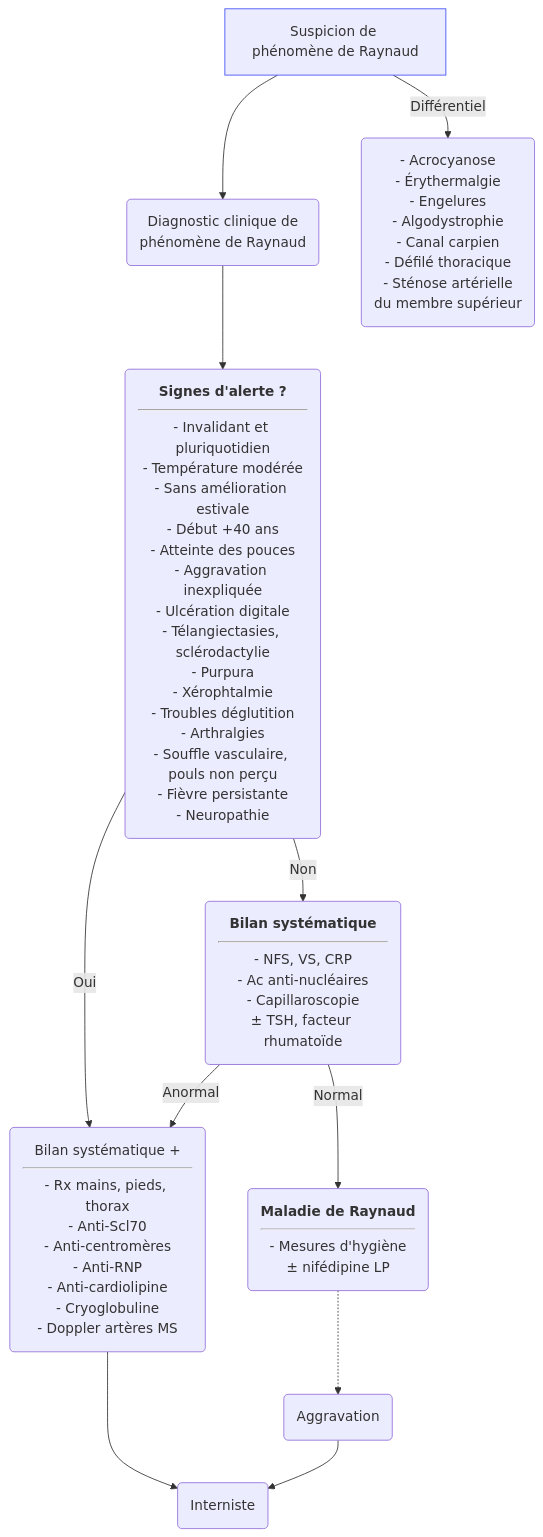
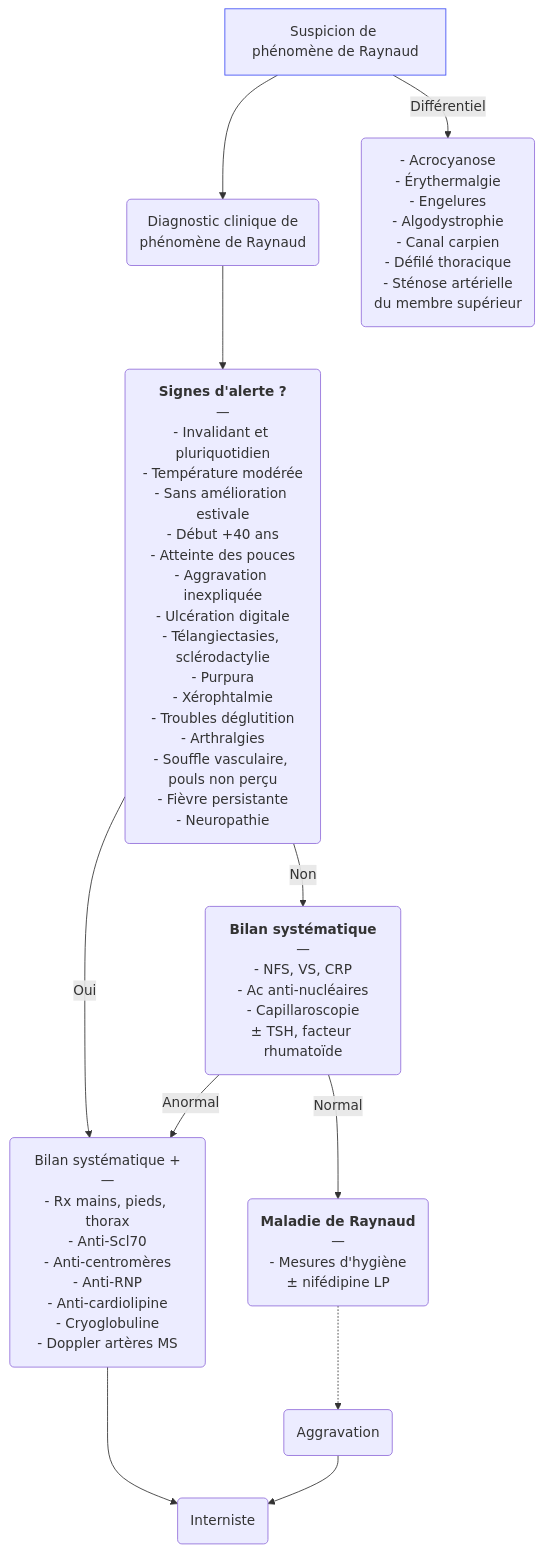
One commit to djibe/recommandations-medicales changed the diagram in content/recommandations/phenomene-raynaud.md. Above: the diagram before and after it, drawn with Mermaid. The commit also changed 51 other files, not shown here.

```diff
--- a/content/recommandations/phenomene-raynaud.md
+++ b/content/recommandations/phenomene-raynaud.md
@@ -233,14 +233,14 @@
 {{< mermaid title="Conduite à tenir devant un phénomène de Raynaud. Dr JB Fron d'après Filière maladie rares 2023 et Collèges" >}}
 graph TB
 susp[Suspicion de phénomène de Raynaud]
 style susp stroke:#4150f5, stroke-width:1px
   susp --> diagnostic("Diagnostic clinique de<br>phénomène de Raynaud")
   susp -- Différentiel --> differentiel("- Acrocyanose<br>- Érythermalgie<br>- Engelures<br>- Algodystrophie<br>- Canal carpien<br>- Défilé thoracique<br>- Sténose artérielle<br>du membre supérieur")
-    diagnostic --> gravite("<b>Signes d'alerte ?</b><hr>- Invalidant et pluriquotidien<br>- Température modérée<br>- Sans amélioration estivale<br>- Début +40 ans<br>- Atteinte des pouces<br>- Aggravation inexpliquée<br>- Ulcération digitale<br>- Télangiectasies, sclérodactylie<br>- Purpura<br>- Xérophtalmie<br>- Troubles déglutition<br>- Arthralgies<br>- Souffle vasculaire, pouls non perçu<br>- Fièvre persistante<br>- Neuropathie")
-    gravite -- Oui --> bilanComp("Bilan systématique +<hr>- Rx mains, pieds, thorax<br>- Anti-Scl70<br>- Anti-centromères<br>- Anti-RNP<br>- Anti-cardiolipine<br>- Cryoglobuline<br>- Doppler artères MS")
+    diagnostic --> gravite("<b>Signes d'alerte ?</b><br>—<br>- Invalidant et pluriquotidien<br>- Température modérée<br>- Sans amélioration estivale<br>- Début +40 ans<br>- Atteinte des pouces<br>- Aggravation inexpliquée<br>- Ulcération digitale<br>- Télangiectasies, sclérodactylie<br>- Purpura<br>- Xérophtalmie<br>- Troubles déglutition<br>- Arthralgies<br>- Souffle vasculaire, pouls non perçu<br>- Fièvre persistante<br>- Neuropathie")
+    gravite -- Oui --> bilanComp("Bilan systématique +<br>—<br>- Rx mains, pieds, thorax<br>- Anti-Scl70<br>- Anti-centromères<br>- Anti-RNP<br>- Anti-cardiolipine<br>- Cryoglobuline<br>- Doppler artères MS")
       bilanComp --> interniste(Interniste)
-    gravite -- Non --> bilan("<b>Bilan systématique</b><hr>- NFS, VS, CRP<br>- Ac anti-nucléaires<br>- Capillaroscopie<br>&plusmn; TSH, facteur rhumatoïde")
-      bilan -- Normal --> maladie("<b>Maladie de Raynaud</b><hr>- Mesures d'hygiène<br>&plusmn; nifédipine LP")
+    gravite -- Non --> bilan("<b>Bilan systématique</b><br>—<br>- NFS, VS, CRP<br>- Ac anti-nucléaires<br>- Capillaroscopie<br>&plusmn; TSH, facteur rhumatoïde")
+      bilan -- Normal --> maladie("<b>Maladie de Raynaud</b><br>—<br>- Mesures d'hygiène<br>&plusmn; nifédipine LP")
         maladie -.-> aggravation(Aggravation) --> interniste
       bilan -- Anormal --> bilanComp
 {{< /mermaid >}}
```
